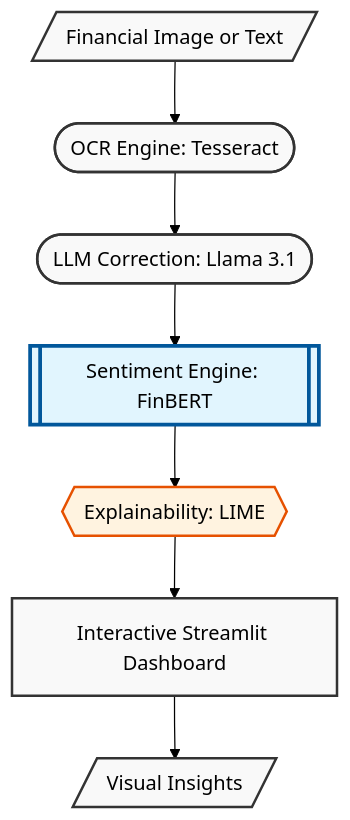
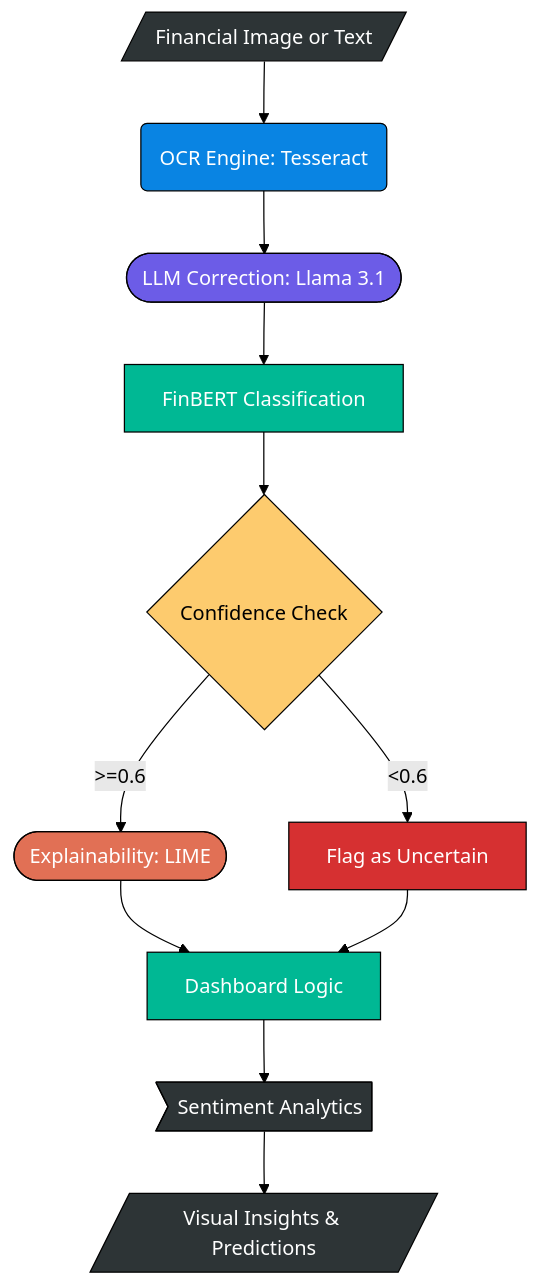
Before and after one commit to aniketqxp/financial-sentiment-analysis: the diagram in README.md, drawn with Mermaid (forest theme).

Commit message:
docs: apply high-fidelity styling and conditional logic to system architecture diagram

````diff
--- a/README.md
+++ b/README.md
@@ -11,30 +11,26 @@
 ```mermaid
 graph TD
-    %% Node Definitions with Strategic Shapes
-    Input[/Financial Image or Text/]
-    OCR([OCR Engine: Tesseract])
-    LLM([LLM Correction: Llama 3.1])
-    FinBERT[[Sentiment Engine: FinBERT]]
-    LIME{{Explainability: LIME}}
-    Dashboard[Interactive Streamlit Dashboard]
-    Insights[/Visual Insights/]
+    %% Node Definitions
+    A[/Financial Image or Text/] --> B(OCR Engine: Tesseract)
+    B --> C([LLM Correction: Llama 3.1])
+    C --> D[FinBERT Classification]
+    D --> E{Confidence Check}
+    E -->|>=0.6| F([Explainability: LIME])
+    E -->|<0.6| G[Flag as Uncertain]
+    F --> H[Dashboard Logic]
+    G --> H
+    H --> I>Sentiment Analytics]
+    I --> J[/Visual Insights & Predictions/]
 
-    %% Logical Flow
-    Input --> OCR
-    OCR --> LLM
-    LLM --> FinBERT
-    FinBERT --> LIME
-    LIME --> Dashboard
-    Dashboard --> Insights
-
-    %% Strategic Styling for High Contrast and Readability
-    %% Using dark borders and light backgrounds with dark text (default)
-    
-    style Input fill:#f9f9f9,stroke:#333,stroke-width:2px
-    style OCR fill:#f9f9f9,stroke:#333,stroke-width:2px
-    style LLM fill:#f9f9f9,stroke:#333,stroke-width:2px
-    style FinBERT fill:#e1f5fe,stroke:#01579b,stroke-width:3px
-    style LIME fill:#fff3e0,stroke:#e65100,stroke-width:2px
-    style Dashboard fill:#f9f9f9,stroke:#333,stroke-width:2px
-    style Insights fill:#f9f9f9,stroke:#333,stroke-width:2px
+    %% Styling
+    style A fill:#2d3436,stroke:#000,color:#fff
+    style B fill:#0984e3,stroke:#000,color:#fff
+    style C fill:#6c5ce7,stroke:#000,color:#fff
+    style D fill:#00b894,stroke:#000,color:#fff
+    style E fill:#fdcb6e,stroke:#000,color:#000
+    style F fill:#e17055,stroke:#000,color:#fff
+    style G fill:#d63031,stroke:#000,color:#fff
+    style H fill:#00b894,stroke:#000,color:#fff
+    style I fill:#2d3436,stroke:#000,color:#fff
+    style J fill:#2d3436,stroke:#000,color:#fff
 ```
````
